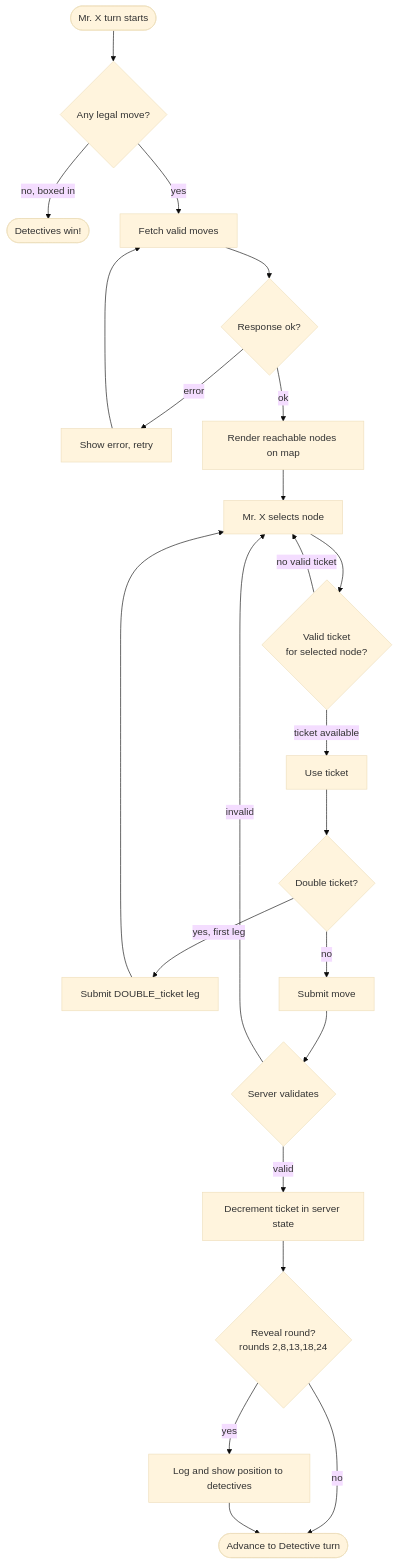
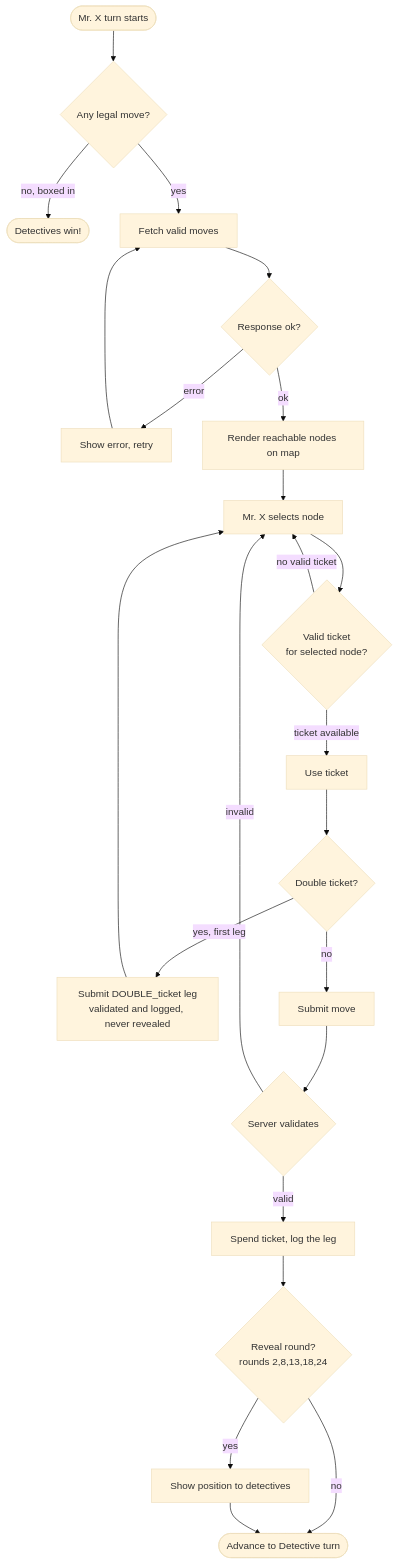
The second of 3 diagrams in documentation/plans/flowcharts.md (Ming-Bao/HuntingMrX), drawn with Mermaid (base theme) before and after one commit. The commit also changed other lines of this file and 9 other files, not shown here.

First line of the commit message:
docs: sync README, spec, guides, diagrams and OpenAPI with the code

````diff
--- a/documentation/plans/flowcharts.md
+++ b/documentation/plans/flowcharts.md
@@ -36,25 +36,25 @@
 ``` mermaid
 flowchart TD
     A([Mr. X turn starts]) --> X{Any legal move?}
     X -- no, boxed in --> XW([Detectives win!])
     X -- yes --> B[Fetch valid moves]
     B --> C{Response ok?}
     C -- error --> B2[Show error, retry]
     B2 --> B
     C -- ok --> D[Render reachable nodes on map]
     D --> E[Mr. X selects node]
     E --> F{Valid ticket\nfor selected node?}
     F -- no valid ticket --> E
     F -- ticket available --> G[Use ticket]
     G --> H{Double ticket?}
-    H -- yes, first leg --> I1[Submit DOUBLE_ticket leg]
+    H -- yes, first leg --> I1[Submit DOUBLE_ticket leg\nvalidated and logged, never revealed]
     I1 --> E
     H -- no --> I[Submit move]
     I --> J{Server validates}
     J -- invalid --> E
-    J -- valid --> K[Decrement ticket in server state]
+    J -- valid --> K[Spend ticket, log the leg]
     K --> R{Reveal round?\nrounds 2,8,13,18,24}
-    R -- yes --> RA[Log and show position to detectives]
+    R -- yes --> RA[Show position to detectives]
     R -- no --> L
     RA --> L([Advance to Detective turn])
 ```
````
